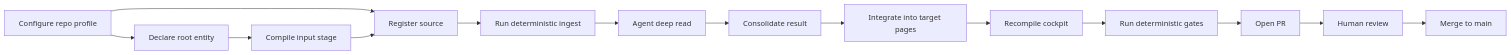
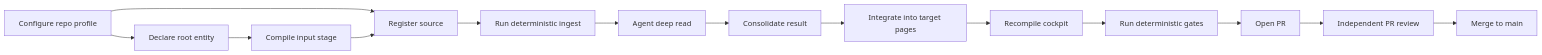
One commit to kimlage/wiki-viva-kit changed the first of 6 diagrams in docs/references/guides/default-open-source-process.md. Above: the diagram before and after it, drawn with Mermaid. The commit also changed other lines of this file and 34 other files, not shown here.

Commit message:
docs: require independent PR review with existing gates

````diff
--- a/docs/references/guides/default-open-source-process.md
+++ b/docs/references/guides/default-open-source-process.md
@@ -41,16 +43,16 @@
 ```mermaid
 flowchart LR
     Configure["Configure repo profile"] --> Source["Register source"]
     Configure --> Root["Declare root entity"]
     Root --> Stage["Compile input stage"]
     Stage --> Source
     Source --> Ingest["Run deterministic ingest"]
     Ingest --> Read["Agent deep read"]
     Read --> Consolidate["Consolidate result"]
     Consolidate --> Integrate["Integrate into target pages"]
     Integrate --> Compile["Recompile cockpit"]
     Compile --> Gates["Run deterministic gates"]
     Gates --> PR["Open PR"]
-    PR --> Review["Human review"]
+    PR --> Review["Independent PR review"]
     Review --> Main["Merge to main"]
 ```
````
